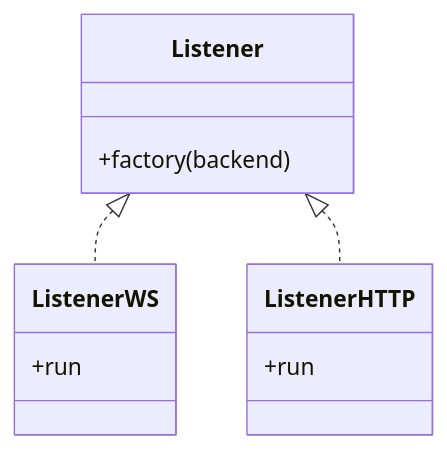
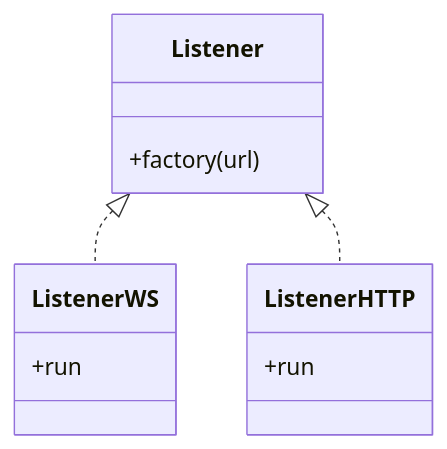
One commit to lostipani/pastiposte changed the second of 3 diagrams in README.md. Above: the diagram before and after it, drawn with Mermaid.

````diff
--- a/README.md
+++ b/README.md
@@ -23,12 +23,12 @@
 ```mermaid
 classDiagram
     Listener <|.. ListenerWS
     Listener <|.. ListenerHTTP
-    Listener: +factory(backend)
+    Listener: +factory(url)
     class ListenerWS{
         +run
     }
     class ListenerHTTP{
         +run
     }
 ```
````
